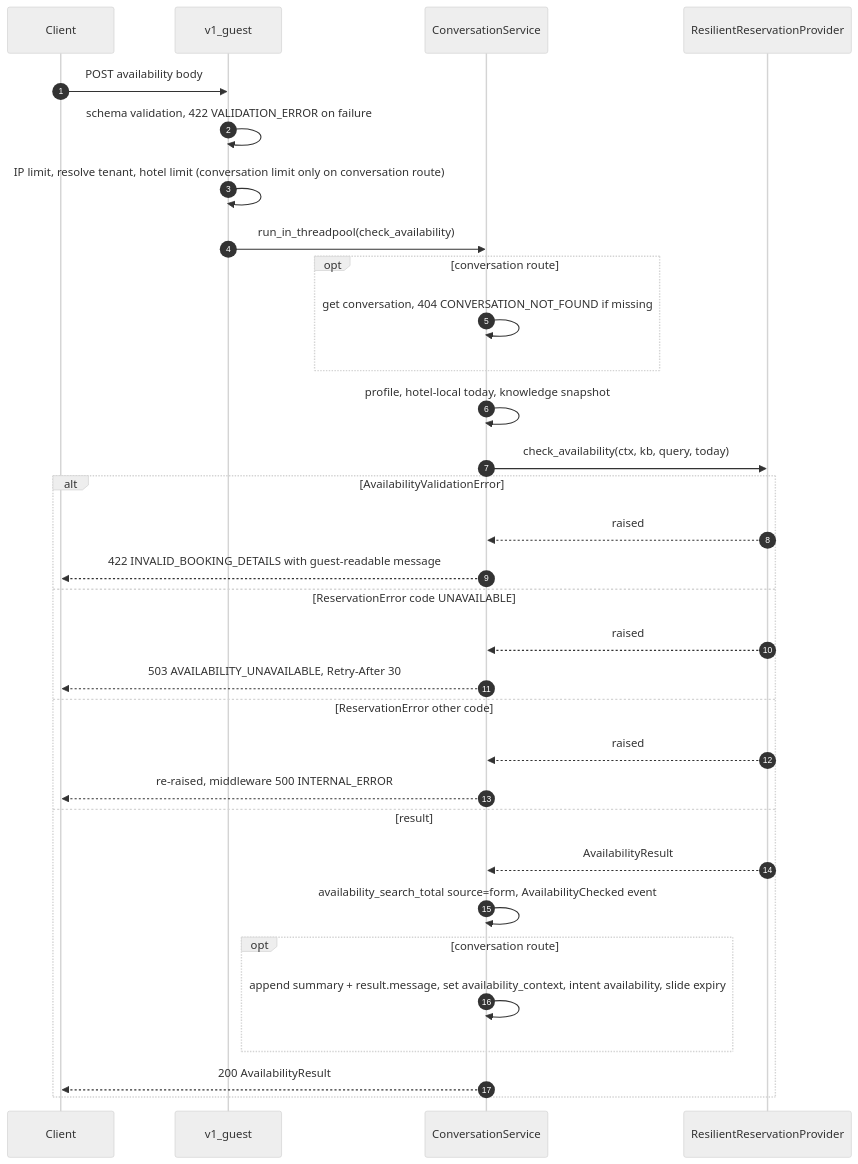
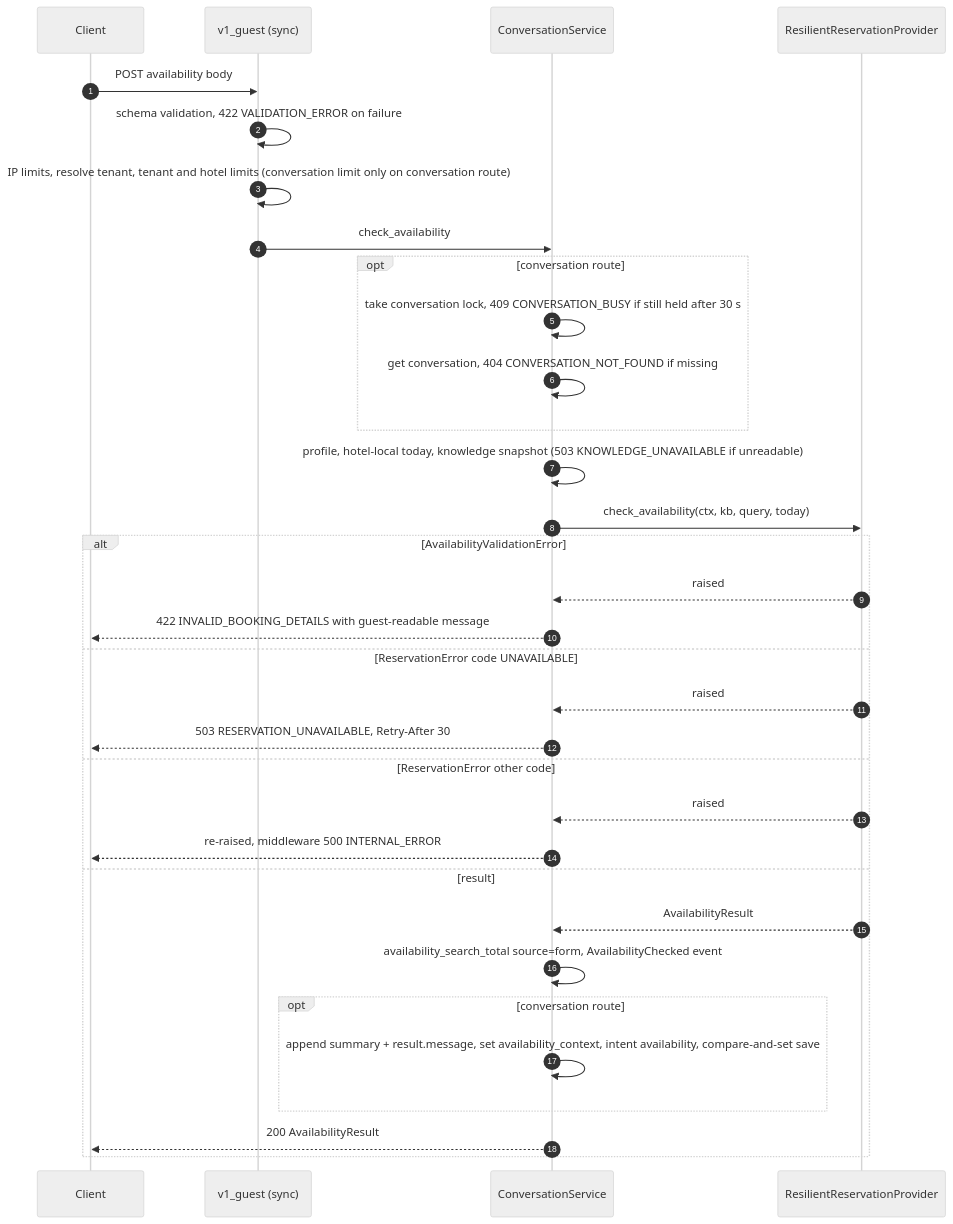
One commit to chandu0580/simplotel-agent changed the fifth of 10 diagrams in docs/SYSTEM_DESIGN.md. Above: the diagram before and after it, drawn with Mermaid (neutral theme). The commit also changed other lines of this file and 112 other files, not shown here.

````diff
--- a/docs/SYSTEM_DESIGN.md
+++ b/docs/SYSTEM_DESIGN.md
@@ -238,34 +274,35 @@
 ```mermaid
 sequenceDiagram
     autonumber
     participant C as Client
-    participant EP as v1_guest
+    participant EP as v1_guest (sync)
     participant CS as ConversationService
     participant R as ResilientReservationProvider
     C->>EP: POST availability body
     EP->>EP: schema validation, 422 VALIDATION_ERROR on failure
-    EP->>EP: IP limit, resolve tenant, hotel limit (conversation limit only on conversation route)
-    EP->>CS: run_in_threadpool(check_availability)
+    EP->>EP: IP limits, resolve tenant, tenant and hotel limits (conversation limit only on conversation route)
+    EP->>CS: check_availability
     opt conversation route
+        CS->>CS: take conversation lock, 409 CONVERSATION_BUSY if still held after 30 s
         CS->>CS: get conversation, 404 CONVERSATION_NOT_FOUND if missing
     end
-    CS->>CS: profile, hotel-local today, knowledge snapshot
+    CS->>CS: profile, hotel-local today, knowledge snapshot (503 KNOWLEDGE_UNAVAILABLE if unreadable)
     CS->>R: check_availability(ctx, kb, query, today)
     alt AvailabilityValidationError
         R-->>CS: raised
         CS-->>C: 422 INVALID_BOOKING_DETAILS with guest-readable message
     else ReservationError code UNAVAILABLE
         R-->>CS: raised
-        CS-->>C: 503 AVAILABILITY_UNAVAILABLE, Retry-After 30
+        CS-->>C: 503 RESERVATION_UNAVAILABLE, Retry-After 30
     else ReservationError other code
         R-->>CS: raised
         CS-->>C: re-raised, middleware 500 INTERNAL_ERROR
     else result
         R-->>CS: AvailabilityResult
         CS->>CS: availability_search_total source=form, AvailabilityChecked event
         opt conversation route
-            CS->>CS: append summary + result.message, set availability_context, intent availability, slide expiry
+            CS->>CS: append summary + result.message, set availability_context, intent availability, compare-and-set save
         end
         CS-->>C: 200 AvailabilityResult
     end
 ```
````
